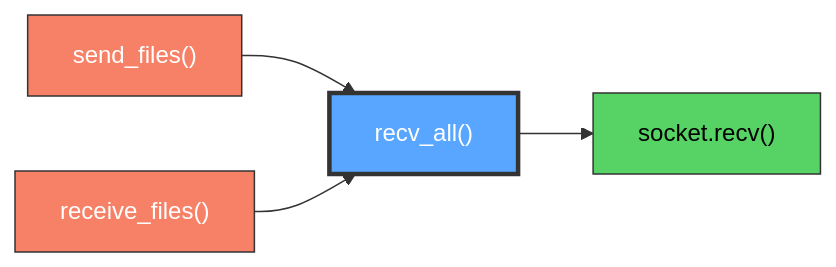
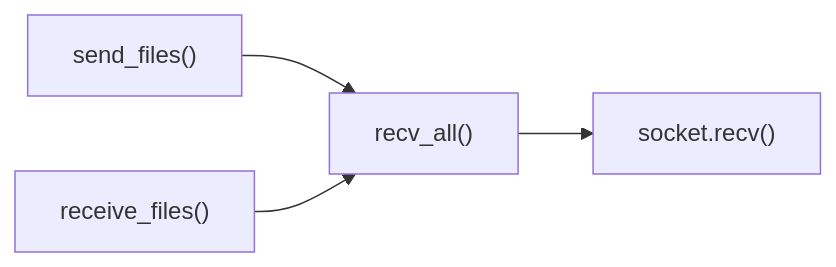
The diagram in docs/recv_all.md (proudsunburn/ftransfer), drawn with Mermaid before and after one commit. The commit also changed 23 other files, not shown here.

Commit message:
MINOR: Remove colors from mermaid for easy light/dark mode switching

````diff
--- a/docs/recv_all.md
+++ b/docs/recv_all.md
@@ -11,15 +11,11 @@
 ```mermaid
 graph LR
-    send_files["send_files()"]:::red
-    receive_files["receive_files()"]:::red
-    recv_all["recv_all()"]:::highlight
-    socket_recv["socket.recv()"]:::green
+    send_files["send_files()"]
+    receive_files["receive_files()"]
+    recv_all["recv_all()"]
+    socket_recv["socket.recv()"]
 
     send_files --> recv_all
     receive_files --> recv_all
     recv_all --> socket_recv
-
-    classDef red fill:#f78166,stroke:#333,color:#fff
-    classDef highlight fill:#58a6ff,stroke:#333,color:#fff,stroke-width:3px
-    classDef green fill:#56d364,stroke:#333,color:#000
 ```
````
